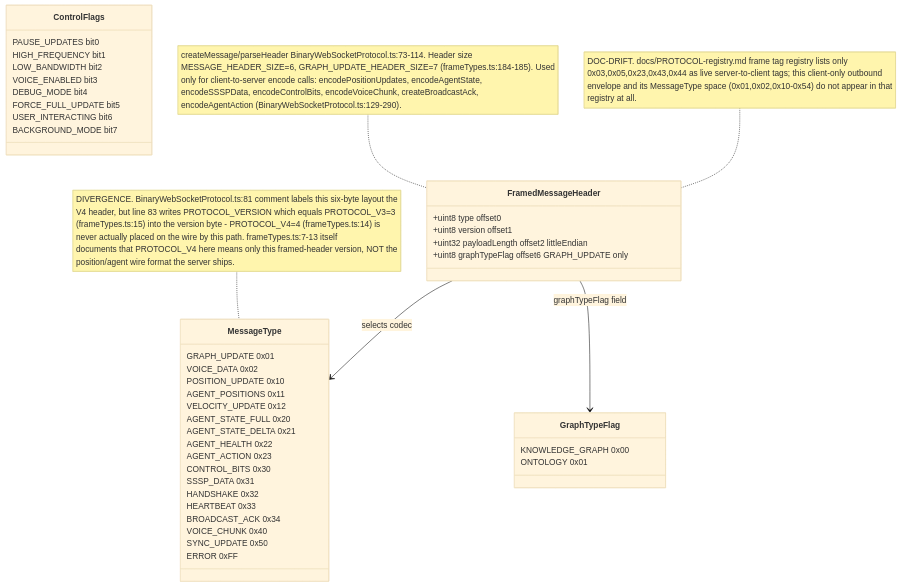
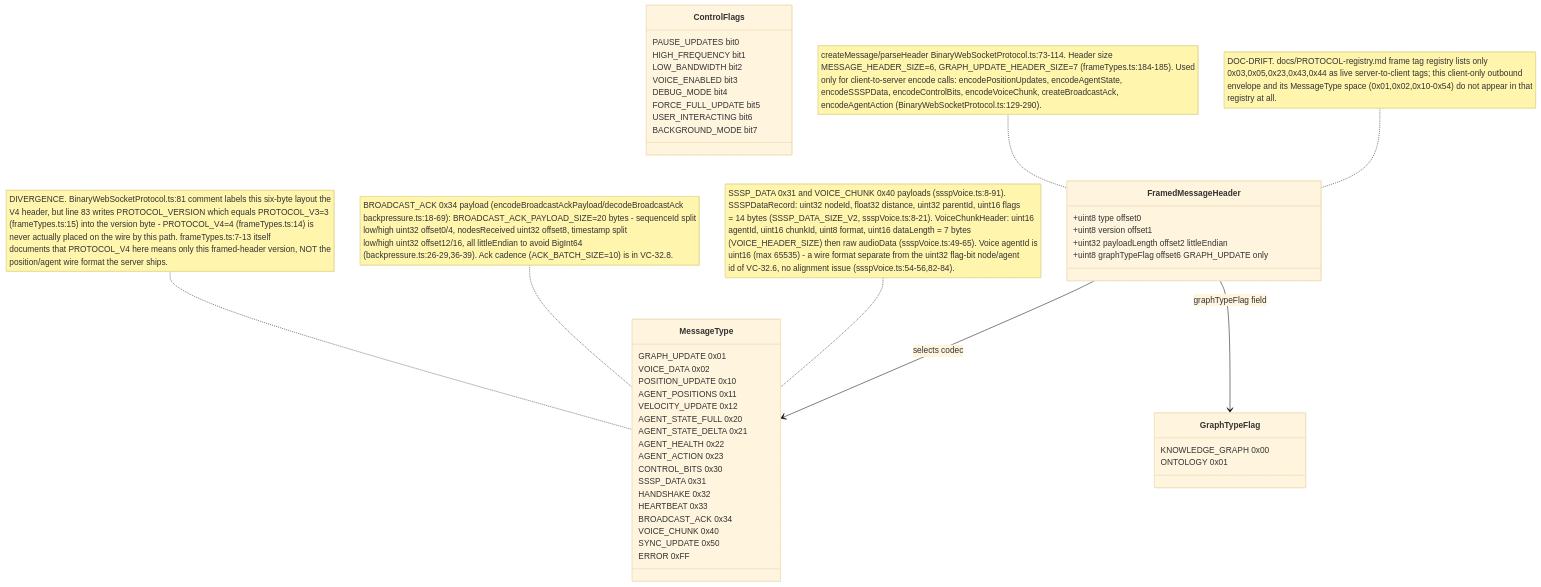
The fourth of 13 diagrams in docs/diagrams/visionclaw/32-client-websocket-and-binary.md (DreamLab-AI/VisionFlow), drawn with Mermaid (base theme) before and after one commit. The commit also changed other lines of this file and 136 other files, not shown here.

First line of the commit message:
docs(diagrams): refresh the whole corpus to code HEAD and prune low-value diagrams

````diff
--- a/docs/diagrams/visionclaw/32-client-websocket-and-binary.md
+++ b/docs/diagrams/visionclaw/32-client-websocket-and-binary.md
@@ -158,47 +157,49 @@
 ```mermaid
 classDiagram
     class FramedMessageHeader {
       +uint8 type  offset0
       +uint8 version  offset1
       +uint32 payloadLength  offset2 littleEndian
       +uint8 graphTypeFlag  offset6 GRAPH_UPDATE only
     }
     class MessageType {
       GRAPH_UPDATE 0x01
       VOICE_DATA 0x02
       POSITION_UPDATE 0x10
       AGENT_POSITIONS 0x11
       VELOCITY_UPDATE 0x12
       AGENT_STATE_FULL 0x20
       AGENT_STATE_DELTA 0x21
       AGENT_HEALTH 0x22
       AGENT_ACTION 0x23
       CONTROL_BITS 0x30
       SSSP_DATA 0x31
       HANDSHAKE 0x32
       HEARTBEAT 0x33
       BROADCAST_ACK 0x34
       VOICE_CHUNK 0x40
       SYNC_UPDATE 0x50
       ERROR 0xFF
     }
     class GraphTypeFlag {
       KNOWLEDGE_GRAPH 0x00
       ONTOLOGY 0x01
     }
     class ControlFlags {
       PAUSE_UPDATES bit0
       HIGH_FREQUENCY bit1
       LOW_BANDWIDTH bit2
       VOICE_ENABLED bit3
       DEBUG_MODE bit4
       FORCE_FULL_UPDATE bit5
       USER_INTERACTING bit6
       BACKGROUND_MODE bit7
     }
     FramedMessageHeader --> MessageType : selects codec
     FramedMessageHeader --> GraphTypeFlag : graphTypeFlag field
     note for FramedMessageHeader "createMessage/parseHeader BinaryWebSocketProtocol.ts:73-114. Header size<br/>MESSAGE_HEADER_SIZE=6, GRAPH_UPDATE_HEADER_SIZE=7 (frameTypes.ts:184-185). Used<br/>only for client-to-server encode calls: encodePositionUpdates, encodeAgentState,<br/>encodeSSSPData, encodeControlBits, encodeVoiceChunk, createBroadcastAck,<br/>encodeAgentAction (BinaryWebSocketProtocol.ts:129-290)."
     note for MessageType "DIVERGENCE. BinaryWebSocketProtocol.ts:81 comment labels this six-byte layout the<br/>V4 header, but line 83 writes PROTOCOL_VERSION which equals PROTOCOL_V3=3<br/>(frameTypes.ts:15) into the version byte - PROTOCOL_V4=4 (frameTypes.ts:14) is<br/>never actually placed on the wire by this path. frameTypes.ts:7-13 itself<br/>documents that PROTOCOL_V4 here means only this framed-header version, NOT the<br/>position/agent wire format the server ships."
     note for FramedMessageHeader "DOC-DRIFT. docs/PROTOCOL-registry.md frame tag registry lists only<br/>0x03,0x05,0x23,0x43,0x44 as live server-to-client tags; this client-only outbound<br/>envelope and its MessageType space (0x01,0x02,0x10-0x54) do not appear in that<br/>registry at all."
+    note for MessageType "BROADCAST_ACK 0x34 payload (encodeBroadcastAckPayload/decodeBroadcastAck<br/>backpressure.ts:18-69): BROADCAST_ACK_PAYLOAD_SIZE=20 bytes - sequenceId split<br/>low/high uint32 offset0/4, nodesReceived uint32 offset8, timestamp split<br/>low/high uint32 offset12/16, all littleEndian to avoid BigInt64<br/>(backpressure.ts:26-29,36-39). Ack cadence (ACK_BATCH_SIZE=10) is in VC-32.8."
+    note for MessageType "SSSP_DATA 0x31 and VOICE_CHUNK 0x40 payloads (ssspVoice.ts:8-91).<br/>SSSPDataRecord: uint32 nodeId, float32 distance, uint32 parentId, uint16 flags<br/>= 14 bytes (SSSP_DATA_SIZE_V2, ssspVoice.ts:8-21). VoiceChunkHeader: uint16<br/>agentId, uint16 chunkId, uint8 format, uint16 dataLength = 7 bytes<br/>(VOICE_HEADER_SIZE) then raw audioData (ssspVoice.ts:49-65). Voice agentId is<br/>uint16 (max 65535) - a wire format separate from the uint32 flag-bit node/agent<br/>id of VC-32.6, no alignment issue (ssspVoice.ts:54-56,82-84)."
 ```
````
